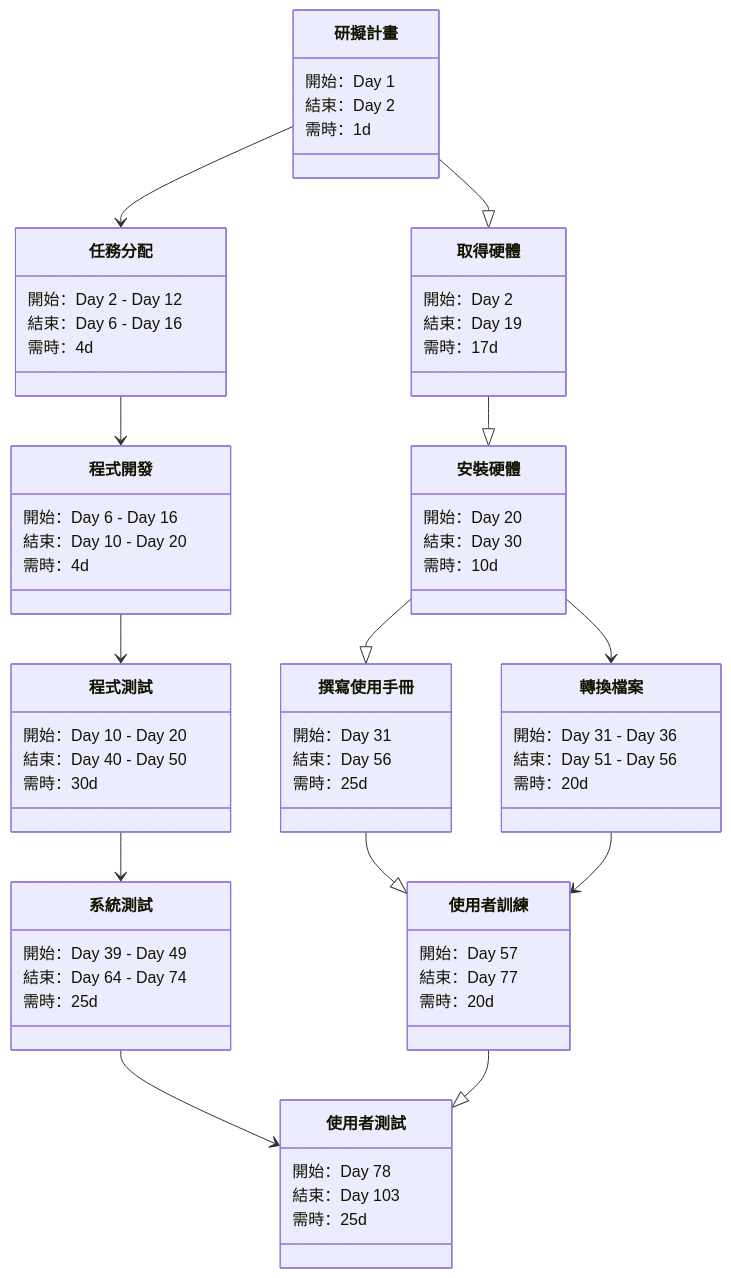
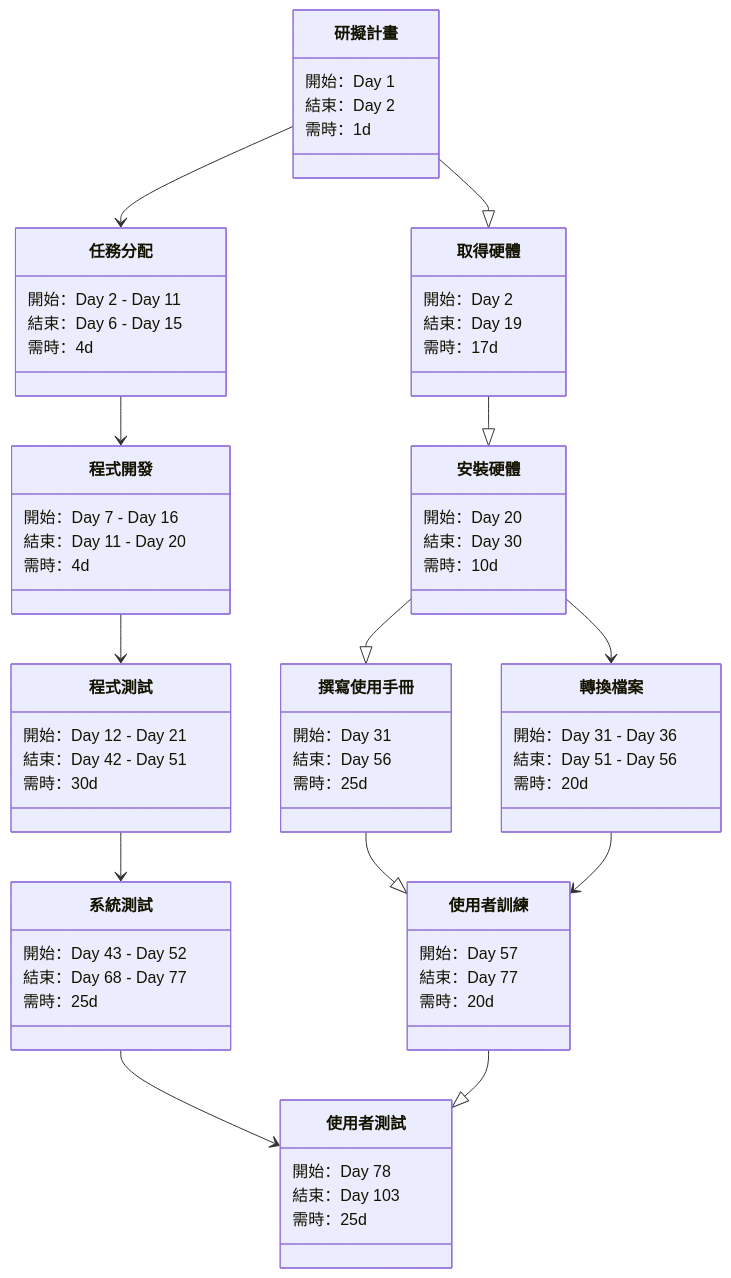
Before and after one commit to MoRedChen/2022-3a: the second of 2 diagrams in hw2.md, drawn with Mermaid.

````diff
--- a/hw2.md
+++ b/hw2.md
@@ -41,60 +41,60 @@
 ```mermaid
 classDiagram
 
 研擬計畫 --> 任務分配
 研擬計畫 --|> 取得硬體
 任務分配 --> 程式開發
 取得硬體 --|> 安裝硬體
 程式開發 --> 程式測試
 安裝硬體 --|> 撰寫使用手冊
 安裝硬體 --> 轉換檔案
 程式測試 --> 系統測試
 撰寫使用手冊 --|> 使用者訓練
 轉換檔案 --> 使用者訓練
 系統測試 --> 使用者測試
 使用者訓練 --|> 使用者測試
 
 研擬計畫 : 開始：Day 1
 研擬計畫 : 結束：Day 2
 研擬計畫 : 需時：1d
 
-任務分配 : 開始：Day 2 - Day 12
-任務分配 : 結束：Day 6 - Day 16
+任務分配 : 開始：Day 2 - Day 11
+任務分配 : 結束：Day 6 - Day 15
 任務分配 : 需時：4d
 
 取得硬體 : 開始：Day 2
 取得硬體 : 結束：Day 19
 取得硬體 : 需時：17d
 
-程式開發 : 開始：Day 6 - Day 16
-程式開發 : 結束：Day 10 - Day 20
+程式開發 : 開始：Day 7 - Day 16
+程式開發 : 結束：Day 11 - Day 20
 程式開發 : 需時：4d
 
 安裝硬體 : 開始：Day 20
 安裝硬體 : 結束：Day 30
 安裝硬體 : 需時：10d
 
-程式測試 : 開始：Day 10 - Day 20
-程式測試 : 結束：Day 40 - Day 50
+程式測試 : 開始：Day 12 - Day 21
+程式測試 : 結束：Day 42 - Day 51
 程式測試 : 需時：30d
 
 撰寫使用手冊 : 開始：Day 31
 撰寫使用手冊 : 結束：Day 56
 撰寫使用手冊 : 需時：25d
 
 轉換檔案 : 開始：Day 31 - Day 36
 轉換檔案 : 結束：Day 51 - Day 56
 轉換檔案 : 需時：20d
 
-系統測試 : 開始：Day 39 - Day 49
-系統測試 : 結束：Day 64 - Day 74
+系統測試 : 開始：Day 43 - Day 52
+系統測試 : 結束：Day 68 - Day 77
 系統測試 : 需時：25d
 
 使用者訓練 : 開始：Day 57
 使用者訓練 : 結束：Day 77
 使用者訓練 : 需時：20d
 
 使用者測試 : 開始：Day 78
 使用者測試 : 結束：Day 103
 使用者測試 : 需時：25d
 ```
````
